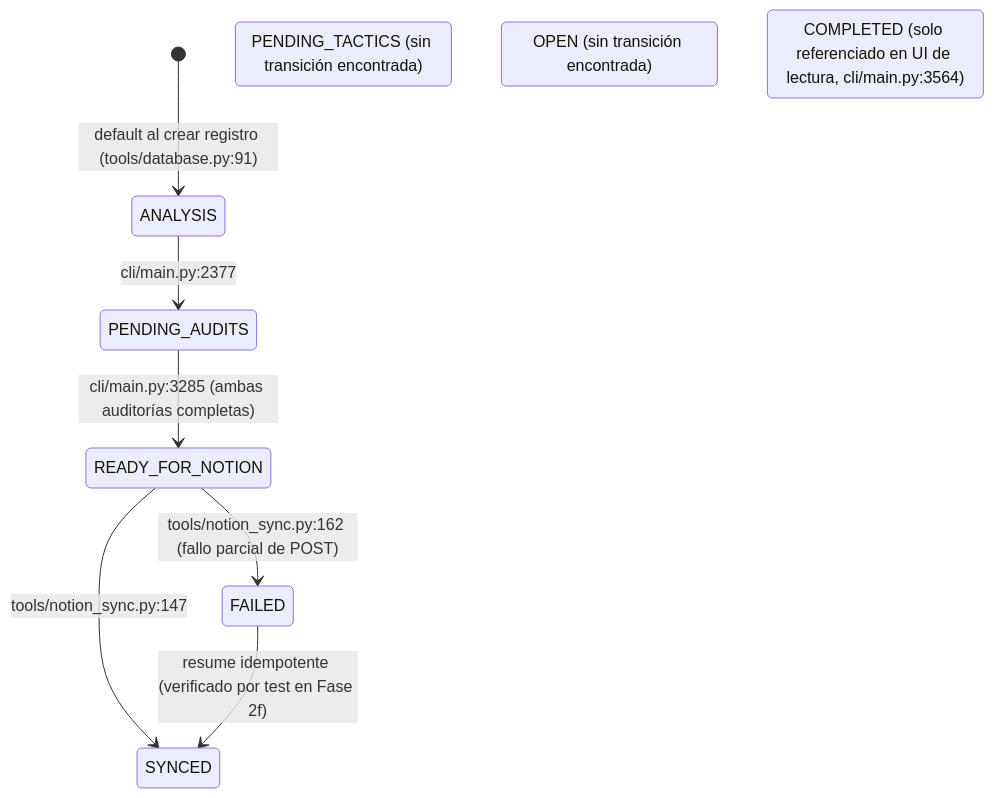
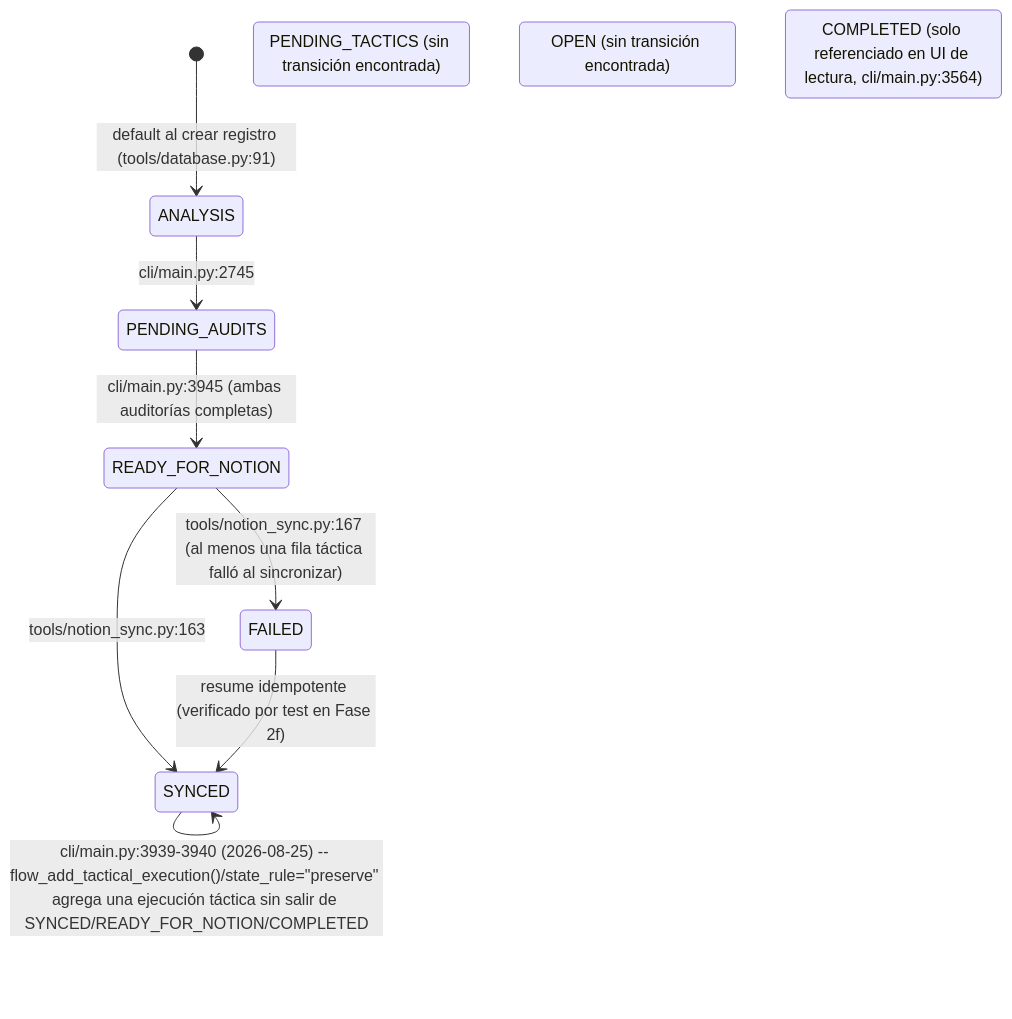
One commit to Jorgepyth/blast_master changed the third of 3 diagrams in ARCHITECTURE.md. Above: the diagram before and after it, drawn with Mermaid. The commit also changed other lines of this file and 21 other files, not shown here.

````diff
--- a/ARCHITECTURE.md
+++ b/ARCHITECTURE.md
@@ -208,13 +220,14 @@
 ```mermaid
 stateDiagram-v2
     [*] --> ANALYSIS: default al crear registro (tools/database.py:91)
-    ANALYSIS --> PENDING_AUDITS: cli/main.py:2377
-    PENDING_AUDITS --> READY_FOR_NOTION: cli/main.py:3285 (ambas auditorías completas)
-    READY_FOR_NOTION --> SYNCED: tools/notion_sync.py:147
-    READY_FOR_NOTION --> FAILED: tools/notion_sync.py:162 (fallo parcial de POST)
+    ANALYSIS --> PENDING_AUDITS: cli/main.py:2745
+    PENDING_AUDITS --> READY_FOR_NOTION: cli/main.py:3945 (ambas auditorías completas)
+    READY_FOR_NOTION --> SYNCED: tools/notion_sync.py:163
+    READY_FOR_NOTION --> FAILED: tools/notion_sync.py:167 (al menos una fila táctica falló al sincronizar)
     FAILED --> SYNCED: resume idempotente (verificado por test en Fase 2f)
+    SYNCED --> SYNCED: cli/main.py:3939-3940 (2026-08-25) -- flow_add_tactical_execution()/state_rule="preserve" agrega una ejecución táctica sin salir de SYNCED/READY_FOR_NOTION/COMPLETED
 
     state "PENDING_TACTICS (sin transición encontrada)" as PT
     state "OPEN (sin transición encontrada)" as OP
     state "COMPLETED (solo referenciado en UI de lectura, cli/main.py:3564)" as CO
 ```
````
